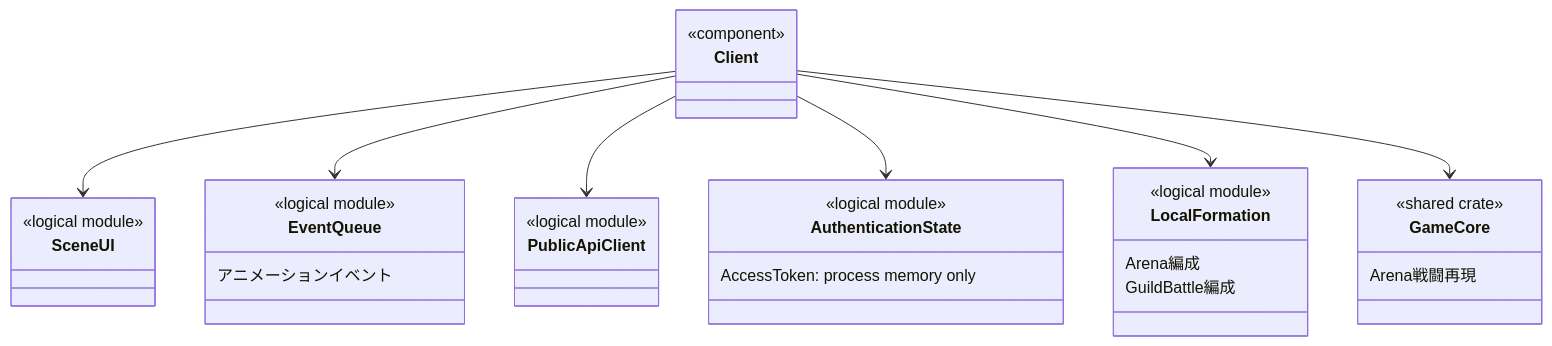
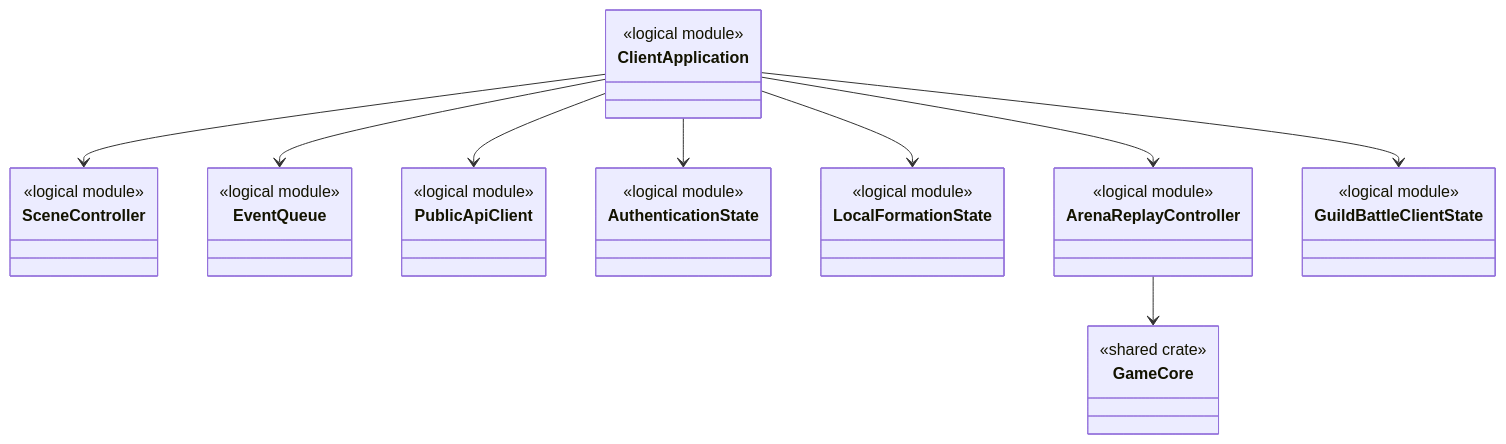
One commit to ReHydrangeaOdyssey/Specifications changed the first of 3 diagrams in design/programming/client/client.md. Above: the diagram before and after it, drawn with Mermaid. The commit also changed other lines of this file and 35 other files, not shown here.

````diff
--- a/design/programming/client/client.md
+++ b/design/programming/client/client.md
@@ -24,36 +11,39 @@
 ```mermaid
 classDiagram
-    class Client {
-        <<component>>
+    class ClientApplication {
+        <<logical module>>
     }
-    class SceneUI {
+    class SceneController {
         <<logical module>>
     }
     class EventQueue {
         <<logical module>>
-        アニメーションイベント
     }
     class PublicApiClient {
         <<logical module>>
     }
     class AuthenticationState {
         <<logical module>>
-        AccessToken: process memory only
     }
-    class LocalFormation {
+    class LocalFormationState {
         <<logical module>>
-        Arena編成
-        GuildBattle編成
+    }
+    class ArenaReplayController {
+        <<logical module>>
+    }
+    class GuildBattleClientState {
+        <<logical module>>
     }
     class GameCore {
         <<shared crate>>
-        Arena戦闘再現
     }
 
-    Client --> SceneUI
-    Client --> EventQueue
-    Client --> PublicApiClient
-    Client --> AuthenticationState
-    Client --> LocalFormation
-    Client --> GameCore
+    ClientApplication --> SceneController
+    ClientApplication --> EventQueue
+    ClientApplication --> PublicApiClient
+    ClientApplication --> AuthenticationState
+    ClientApplication --> LocalFormationState
+    ClientApplication --> ArenaReplayController
+    ClientApplication --> GuildBattleClientState
+    ArenaReplayController --> GameCore
 ```
````
